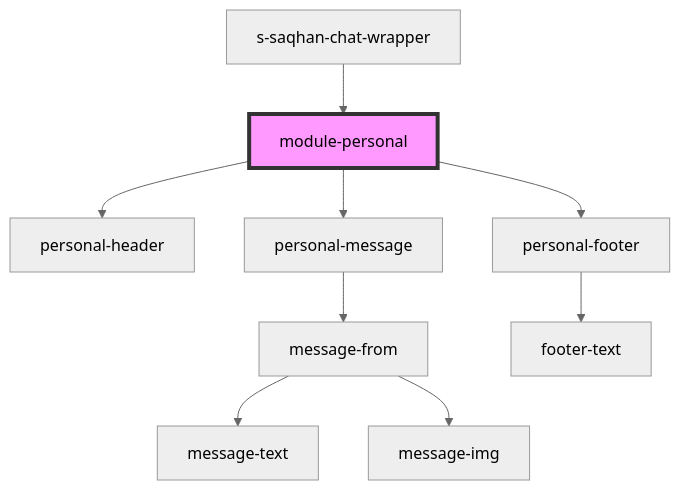
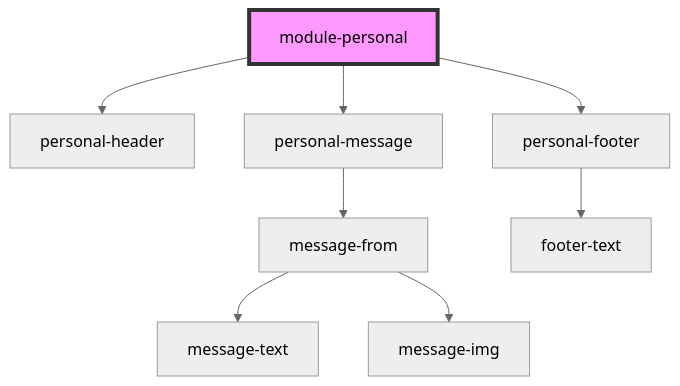
Before and after one commit to saqhan/stencil-chat: the diagram in src/components/module/module-chat/res/view/s-saqhan-chat-wrapper/res/view/module-personal/readme.md, drawn with Mermaid (neutral theme). The commit also changed other lines of this file and 6 other files, not shown here.

````diff
--- a/src/components/module/module-chat/res/view/s-saqhan-chat-wrapper/res/view/module-personal/readme.md
+++ b/src/components/module/module-chat/res/view/s-saqhan-chat-wrapper/res/view/module-personal/readme.md
@@ -36,12 +32,11 @@
 ```mermaid
 graph TD;
   module-personal --> personal-header
   module-personal --> personal-message
   module-personal --> personal-footer
   personal-message --> message-from
   message-from --> message-text
   message-from --> message-img
   personal-footer --> footer-text
-  s-saqhan-chat-wrapper --> module-personal
   style module-personal fill:#f9f,stroke:#333,stroke-width:4px
 ```
````
